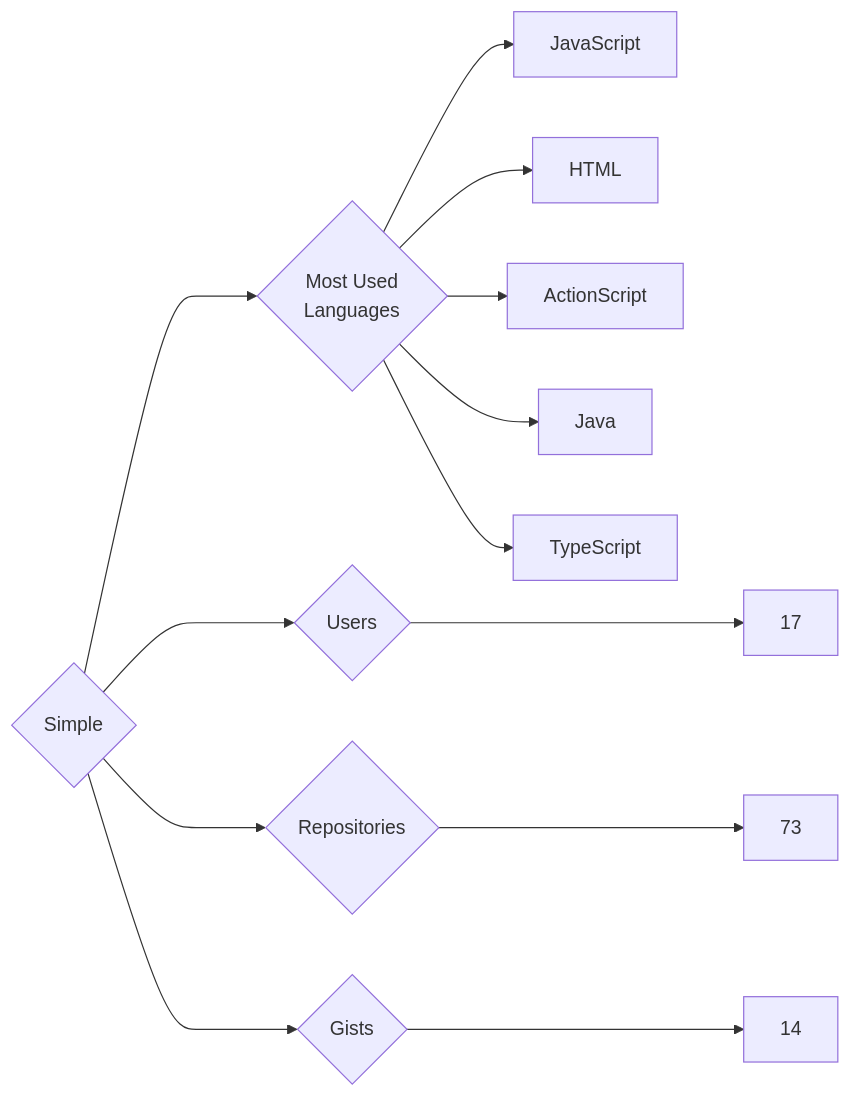
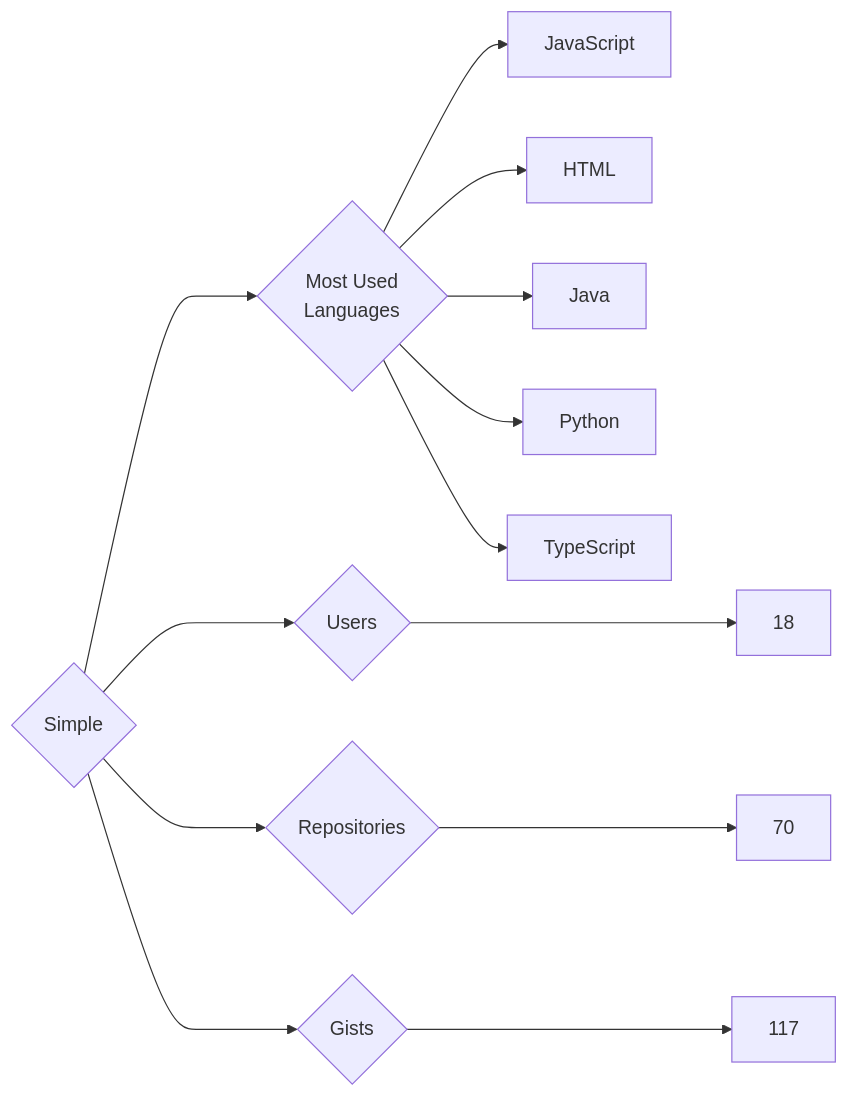
The diagram in targets/Simple/README.md (trickest/insiders), drawn with Mermaid before and after one commit. The commit also changed 728 other files, not shown here.

````diff
--- a/targets/Simple/README.md
+++ b/targets/Simple/README.md
@@ -3,13 +3,13 @@
 ```mermaid
 graph LR
 COMPANY_NAME{Simple}
-COMPANY_NAME ---> U{Users} ---> UN[17]
-COMPANY_NAME ---> R{Repositories} ---> RN[73]
-COMPANY_NAME ---> G{Gists} ---> GN[14]
+COMPANY_NAME ---> U{Users} ---> UN[18]
+COMPANY_NAME ---> R{Repositories} ---> RN[70]
+COMPANY_NAME ---> G{Gists} ---> GN[117]
 COMPANY_NAME ---> ML{Most Used<br>Languages}
 ML --> JavaScript[JavaScript]
 ML --> HTML[HTML]
-ML --> ActionScript[ActionScript]
 ML --> Java[Java]
+ML --> Python[Python]
 ML --> TypeScript[TypeScript]
 ```
````
